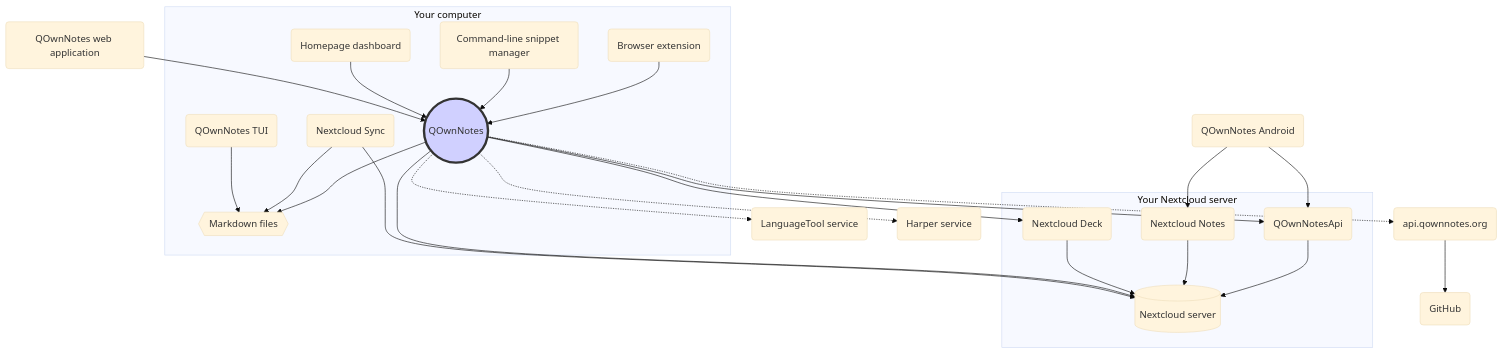
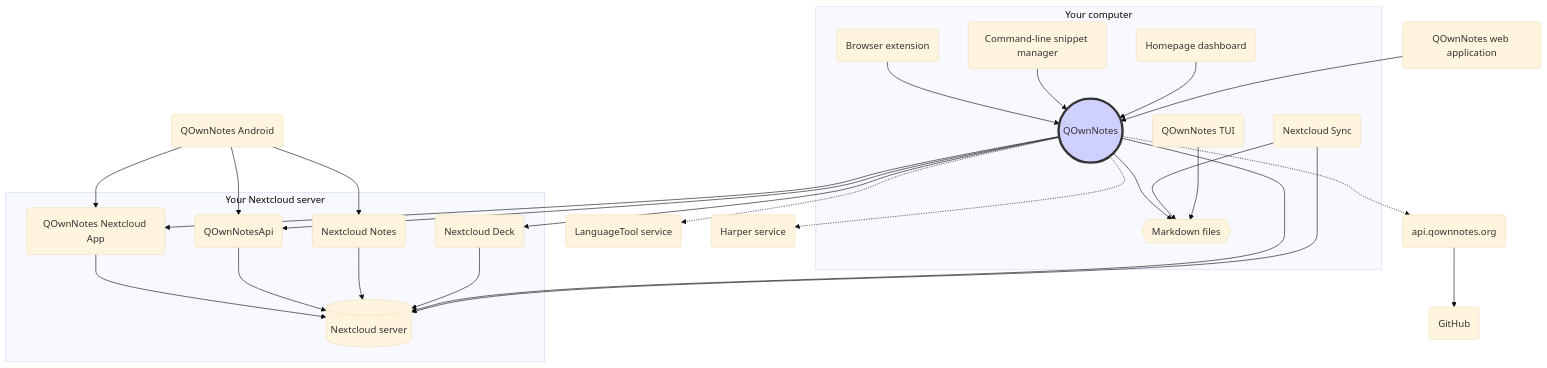
Before and after one commit to pbek/QOwnNotes: the diagram in webpage/src/fr/getting-started/concept.md, drawn with Mermaid (base theme). The commit also changed other lines of this file and 171 other files, not shown here.

````diff
--- a/webpage/src/fr/getting-started/concept.md
+++ b/webpage/src/fr/getting-started/concept.md
@@ -13,46 +13,50 @@
 ```mermaid
 graph TB
     subgraph Your computer
         qon((QOwnNotes))-->md{{"Markdown files"}}
         sync("Nextcloud Sync")-->md
         qon-comp("Browser extension")-->qon
         qc("Command-line snippet manager")-->qon
         tui("QOwnNotes TUI")-->md
         homepage("Homepage dashboard")-->qon
     end
     subgraph Your Nextcloud server
-        qon-api("QOwnNotesApi")-->ncs[("Nextcloud server")]
+        qon-nc("QOwnNotes Nextcloud App")-->ncs[("Nextcloud server")]
+        qon-api("QOwnNotesApi")-->ncs
         nc-notes-app("Nextcloud Notes")-->ncs
         nc-deck-app("Nextcloud Deck")-->ncs
     end
 
     qon-mob("QOwnNotes Android")-->nc-notes-app
     qon-mob-->qon-api
+    qon-mob-->qon-nc
     qon-web-app("QOwnNotes web application")-->qon
     qon-->qon-api
+    qon-->qon-nc
     qon-->ncs
     qon-->nc-deck-app
     sync-->ncs
     qon-.->lt("LanguageTool service")
     qon-.->harper("Harper service")
     qon-.->qon-web-api("api.qownnotes.org")
     qon-web-api-->github("GitHub")
 
     style qon fill:#d0d0ff,stroke:#333,stroke-width:4px
     click qon "/getting-started/concept.html#qownnotes" "QOwnNotes Desktop Application for managing your notes on your desktop computer"
     click md "/getting-started/concept.html#markdown-note-files" "Markdown, media and attachment files in your note folder"
     click qon-comp "/getting-started/concept.html#qownnotes-browser-extension" "QOwnNotes browser extension for managing bookmarks in markdown files and as web clipper"
     click qc "/getting-started/concept.html#qownnotes-command-line-snippet-manager" "QOwnNotes command-line snippet manager"
     click tui "/getting-started/concept.html#qownnotes-tui" "QOwnNotes TUI, a keyboard-first terminal browser and editor for your Markdown note folders"
     click homepage "/getting-started/concept.html#homepage-dashboard" "Homepage dashboard using QOwnNotes bookmark suggestions"
     click sync "/getting-started/concept.html#nextcloud-desktop-sync-client" "Nextcloud desktop sync client to sync your notes to your server"
     click ncs "/getting-started/concept.html#nextcloud-server" "Nextcloud server to host your notes and other files"
+    click qon-nc "/getting-started/concept.html#qownnotes-nextcloud-app" "QOwnNotes Nextcloud App to edit your notes in the web and to provide the APIs for QOwnNotes Desktop and Android"
     click qon-api "/getting-started/concept.html#qownnotesapi-nextcloud-app" "QOwnNotesAPI Nextcloud app to access your server-side trash and note versions"
     click nc-notes-app "/getting-started/concept.html#nextcloud-notes-server-app" "Nextcloud Notes server app to manage your notes in the web"
     click qon-mob "/getting-started/concept.html#qownnotes-android" "QOwnNotes Android, an offline-capable Markdown notes app for Android"
     click nc-deck-app "/getting-started/concept.html#nextcloud-deck-server-app" "Nextcloud Deck server app to manage reminders and todo lists in the web"
     click qon-web-app "/getting-started/concept.html#qownnotes-web-app" "QOwnNotes Web App to send photos from your mobile phone"
     click lt "/editor/languagetool.html" "Optional LanguageTool server for grammar and style checking"
     click harper "/editor/harper.html" "Optional Harper service for offline grammar and style checking"
     click qon-web-api "/getting-started/concept.html#api-qownnotes-org"
 ```
````
